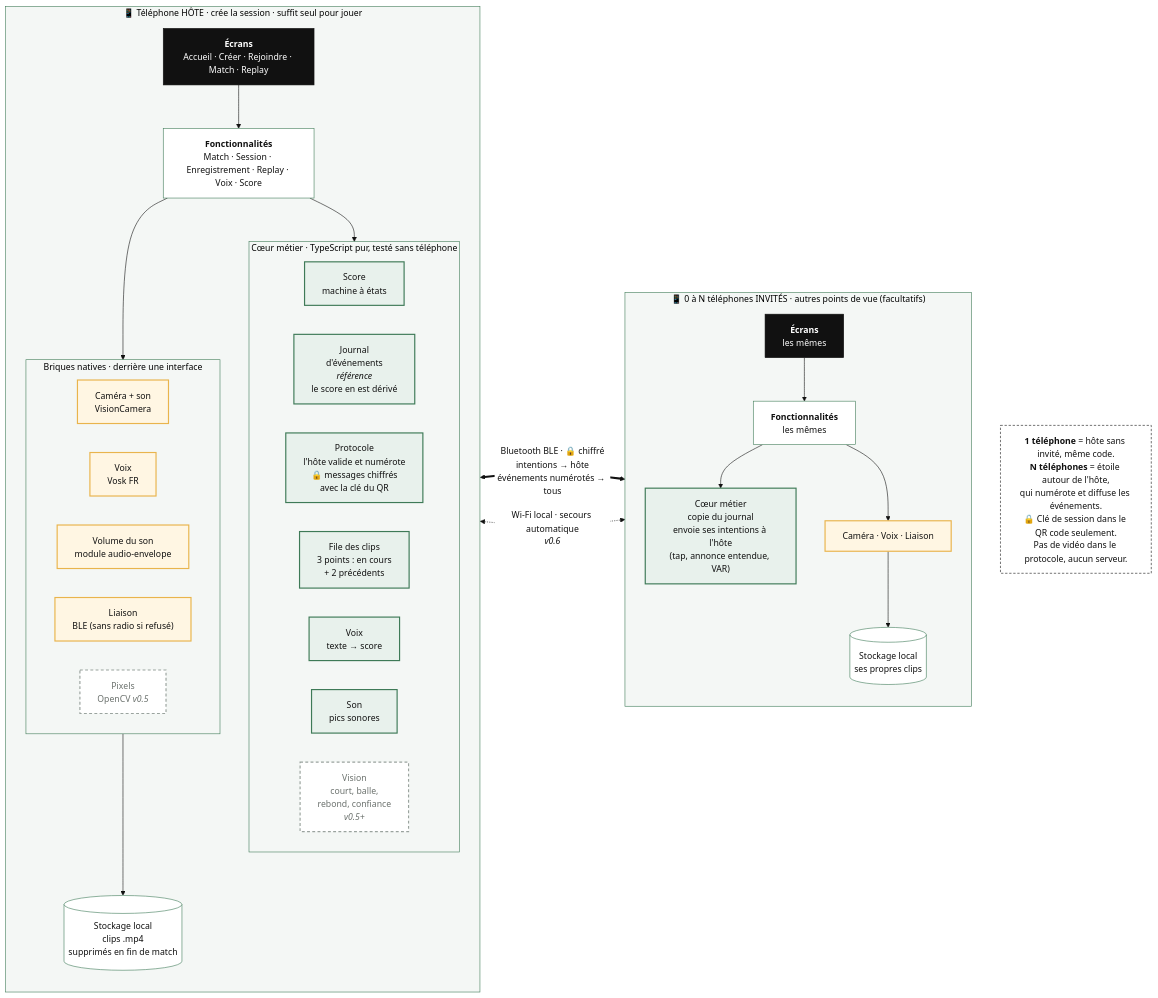
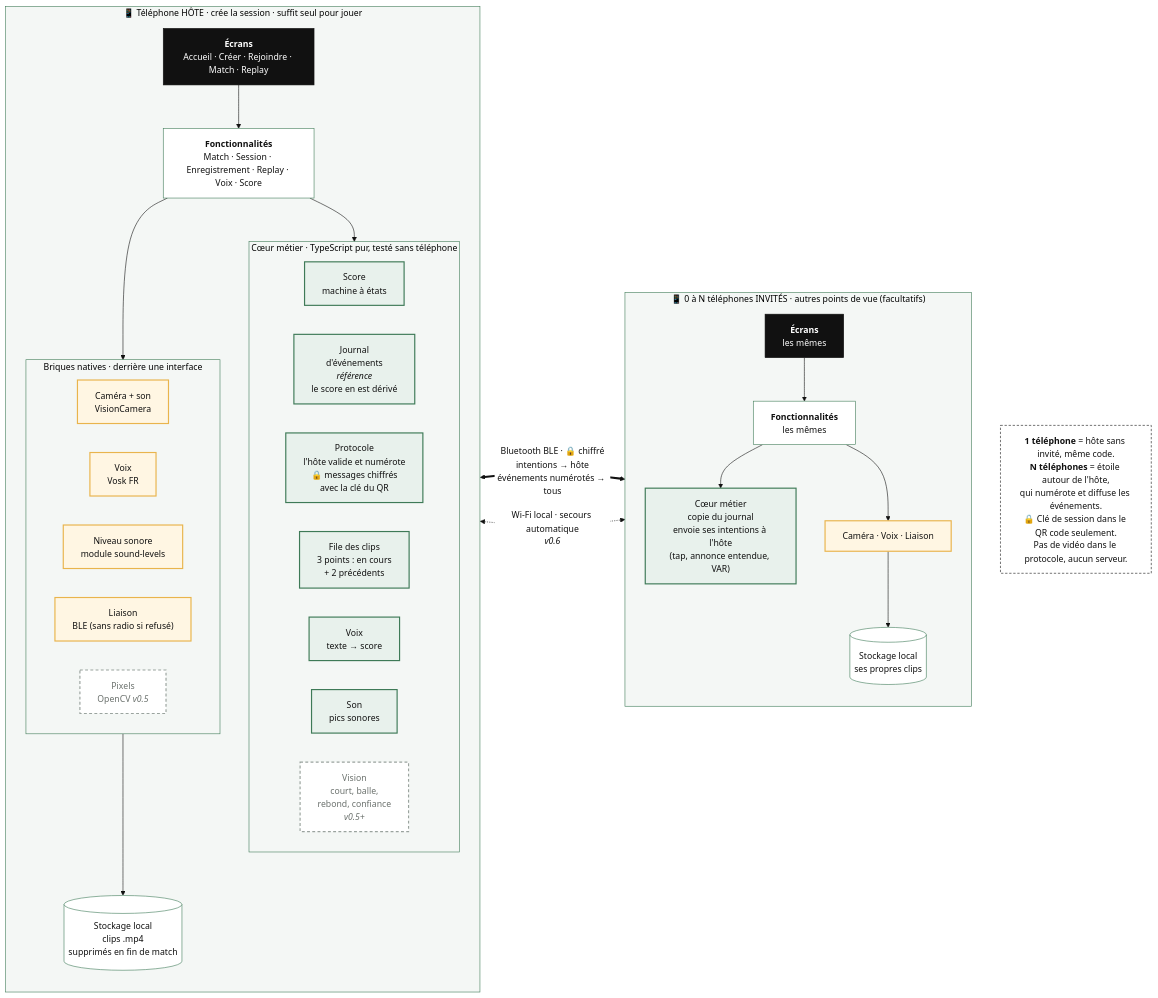
One commit to B0TAstro/temoin changed the diagram in docs/architecture.md. Above: the diagram before and after it, drawn with Mermaid. The commit also changed 16 other files, not shown here.

Commit message:
refactor(sound): rename audio-envelope to sound-levels, fix a possible iOS crash on odd paths

````diff
--- a/docs/architecture.md
+++ b/docs/architecture.md
@@ -7,59 +7,59 @@
 ```mermaid
 %%{init: {'theme':'base','themeVariables':{'fontFamily':'Helvetica, Arial','fontSize':'15px','primaryColor':'#FFFFFF','primaryTextColor':'#111111','primaryBorderColor':'#3E7A57','lineColor':'#111111','clusterBkg':'#F4F7F5','clusterBorder':'#3E7A57'}}}%%
 flowchart LR
   subgraph A["📱 Téléphone HÔTE · crée la session · suffit seul pour jouer"]
     direction TB
     A_UI["<b>Écrans</b><br/>Accueil · Créer · Rejoindre · Match · Replay"]
     A_F["<b>Fonctionnalités</b><br/>Match · Session · Enregistrement · Replay · Voix · Score"]
     subgraph A_CORE["Cœur métier · TypeScript pur, testé sans téléphone"]
       direction LR
       A_S["Score<br/>machine à états"]
       A_J["Journal<br/>d'événements<br/><i>référence</i><br/>le score en est dérivé"]
       A_P["Protocole<br/>l'hôte valide et numérote<br/>🔒 messages chiffrés<br/>avec la clé du QR"]
       A_C["File des clips<br/>3 points : en cours<br/>+ 2 précédents"]
       A_VO["Voix<br/>texte → score"]
       A_SO["Son<br/>pics sonores"]
       A_V["Vision<br/>court, balle,<br/>rebond, confiance<br/><i>v0.5+</i>"]
     end
     subgraph A_NAT["Briques natives · derrière une interface"]
       direction LR
       A_CAM["Caméra + son<br/>VisionCamera"]
       A_MIC["Voix<br/>Vosk FR"]
-      A_ENV["Volume du son<br/>module audio-envelope"]
+      A_ENV["Niveau sonore<br/>module sound-levels"]
       A_LINK["Liaison<br/>BLE (sans radio si refusé)"]
       A_CV["Pixels<br/>OpenCV <i>v0.5</i>"]
     end
     A_DISK[("Stockage local<br/>clips .mp4<br/>supprimés en fin de match")]
     A_UI --> A_F --> A_CORE
     A_F --> A_NAT
     A_CAM --> A_DISK
   end
 
   subgraph B["📱 0 à N téléphones INVITÉS · autres points de vue (facultatifs)"]
     direction TB
     B_UI["<b>Écrans</b><br/>les mêmes"]
     B_F["<b>Fonctionnalités</b><br/>les mêmes"]
     B_CORE["Cœur métier<br/>copie du journal<br/>envoie ses intentions à l'hôte<br/>(tap, annonce entendue, VAR)"]
     B_NAT["Caméra · Voix · Liaison"]
     B_DISK[("Stockage local<br/>ses propres clips")]
     B_UI --> B_F --> B_CORE
     B_F --> B_NAT --> B_DISK
   end
 
   A_LINK <== "Bluetooth BLE · 🔒 chiffré<br/>intentions → hôte<br/>événements numérotés → tous" ==> B_NAT
   A_LINK <-. "Wi-Fi local · secours automatique<br/><i>v0.6</i>" .-> B_NAT
 
   NOTE["<b>1 téléphone</b> = hôte sans invité, même code.<br/><b>N téléphones</b> = étoile autour de l'hôte,<br/>qui numérote et diffuse les événements.<br/>🔒 Clé de session dans le QR code seulement.<br/>Pas de vidéo dans le protocole, aucun serveur."]
   B ~~~ NOTE
 
   classDef core fill:#E8F1EC,stroke:#3E7A57,stroke-width:2px,color:#111111
   classDef nat fill:#FFF6E3,stroke:#E9B44C,stroke-width:2px,color:#111111
   classDef later fill:#FFFFFF,stroke:#9AA39E,stroke-width:2px,stroke-dasharray:5 4,color:#6B716D
   classDef ui fill:#111111,stroke:#111111,color:#FFFFFF
   classDef note fill:#FFFFFF,stroke:#111111,stroke-dasharray:4 3,color:#111111
   class A_S,A_J,A_P,A_C,A_VO,A_SO,B_CORE core
   class A_CAM,A_MIC,A_ENV,A_LINK,B_NAT nat
   class A_V,A_CV later
   class A_UI,B_UI ui
   class NOTE note
 ```
````
